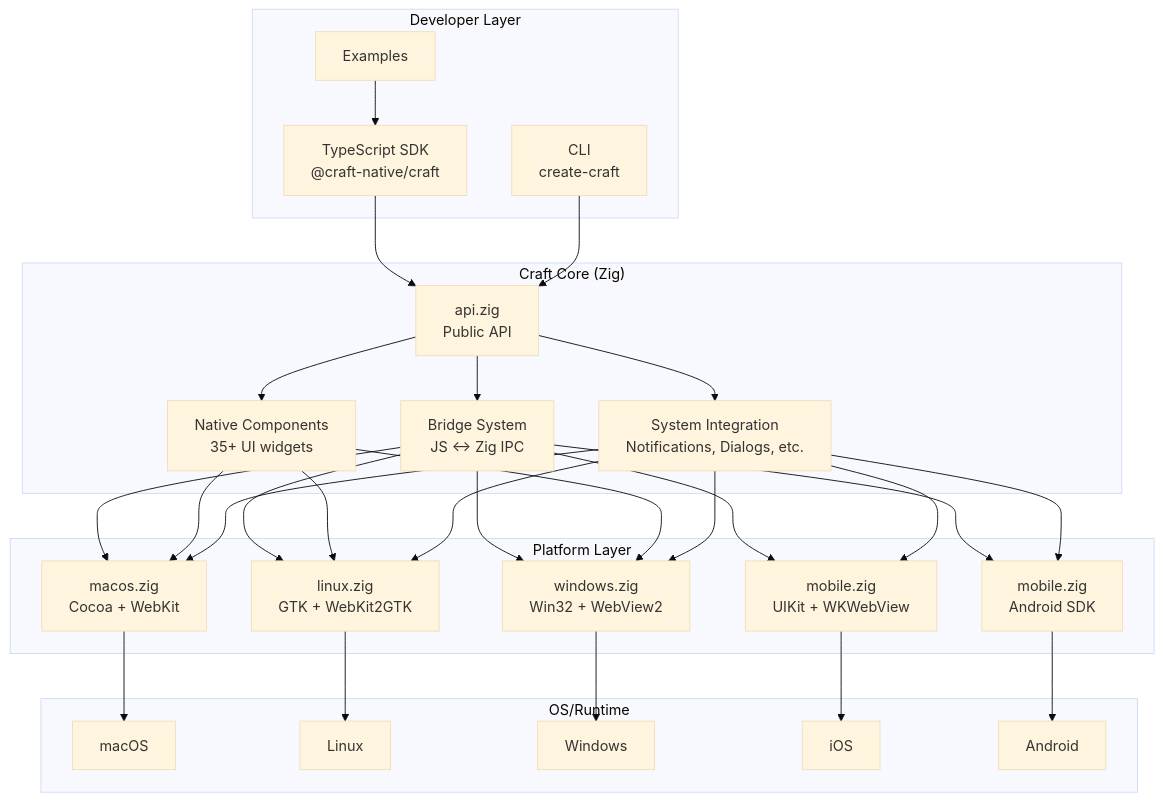
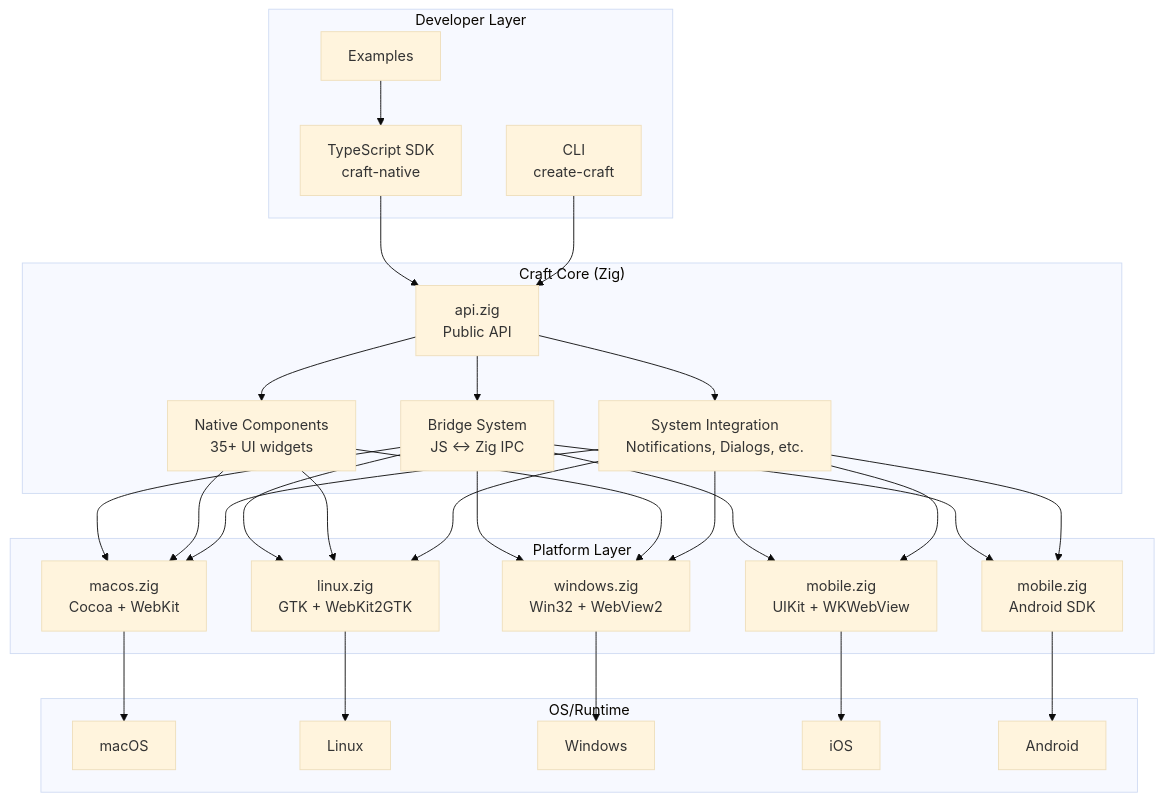
The first of 10 diagrams in docs/architecture/README.md (home-lang/craft), drawn with Mermaid (base theme) before and after one commit. The commit also changed 123 other files, not shown here.

Commit message:
refactor(typescript): rename sdk package to craft-native

````diff
--- a/docs/architecture/README.md
+++ b/docs/architecture/README.md
@@ -20,61 +20,61 @@
 ```mermaid
 graph TB
     subgraph "Developer Layer"
-        TS[TypeScript SDK<br/>@craft-native/craft]
+        TS[TypeScript SDK<br/>craft-native]
         CLI[CLI<br/>create-craft]
         Examples[Examples]
     end
 
     subgraph "Craft Core (Zig)"
         API[api.zig<br/>Public API]
         Bridge[Bridge System<br/>JS ↔ Zig IPC]
         Components[Native Components<br/>35+ UI widgets]
         System[System Integration<br/>Notifications, Dialogs, etc.]
     end
 
     subgraph "Platform Layer"
         macOS[macos.zig<br/>Cocoa + WebKit]
         Linux[linux.zig<br/>GTK + WebKit2GTK]
         Windows[windows.zig<br/>Win32 + WebView2]
         iOS[mobile.zig<br/>UIKit + WKWebView]
         Android[mobile.zig<br/>Android SDK]
     end
 
     subgraph "OS/Runtime"
         OSX[macOS]
         LNX[Linux]
         WIN[Windows]
         IOS[iOS]
         AND[Android]
     end
 
     TS --> API
     CLI --> API
     Examples --> TS
 
     API --> Bridge
     API --> Components
     API --> System
 
     Bridge --> macOS
     Bridge --> Linux
     Bridge --> Windows
     Bridge --> iOS
     Bridge --> Android
 
     Components --> macOS
     Components --> Linux
     Components --> Windows
 
     System --> macOS
     System --> Linux
     System --> Windows
     System --> iOS
     System --> Android
 
     macOS --> OSX
     Linux --> LNX
     Windows --> WIN
     iOS --> IOS
     Android --> AND
 ```
````
